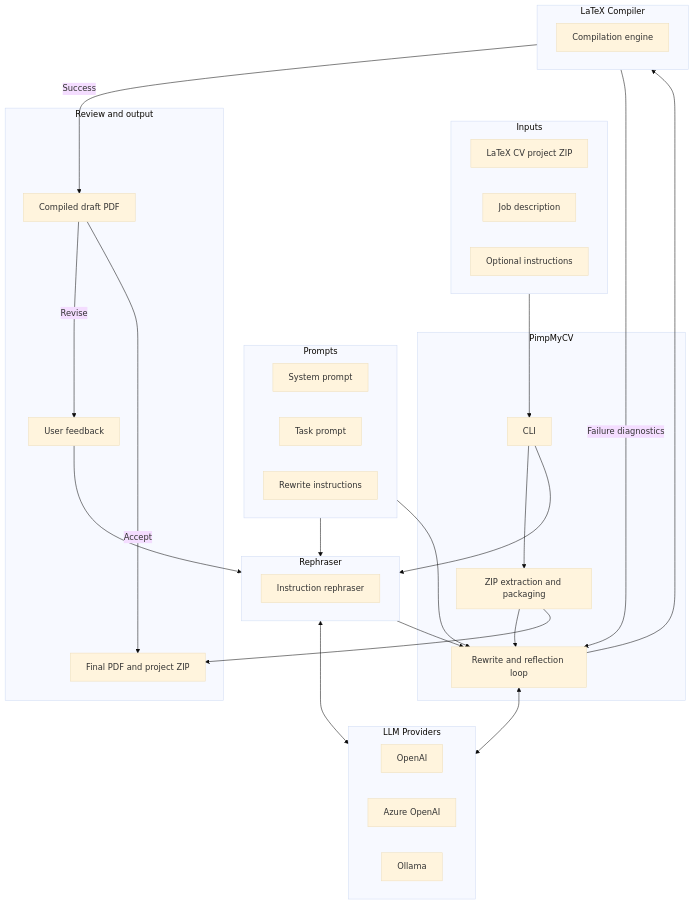
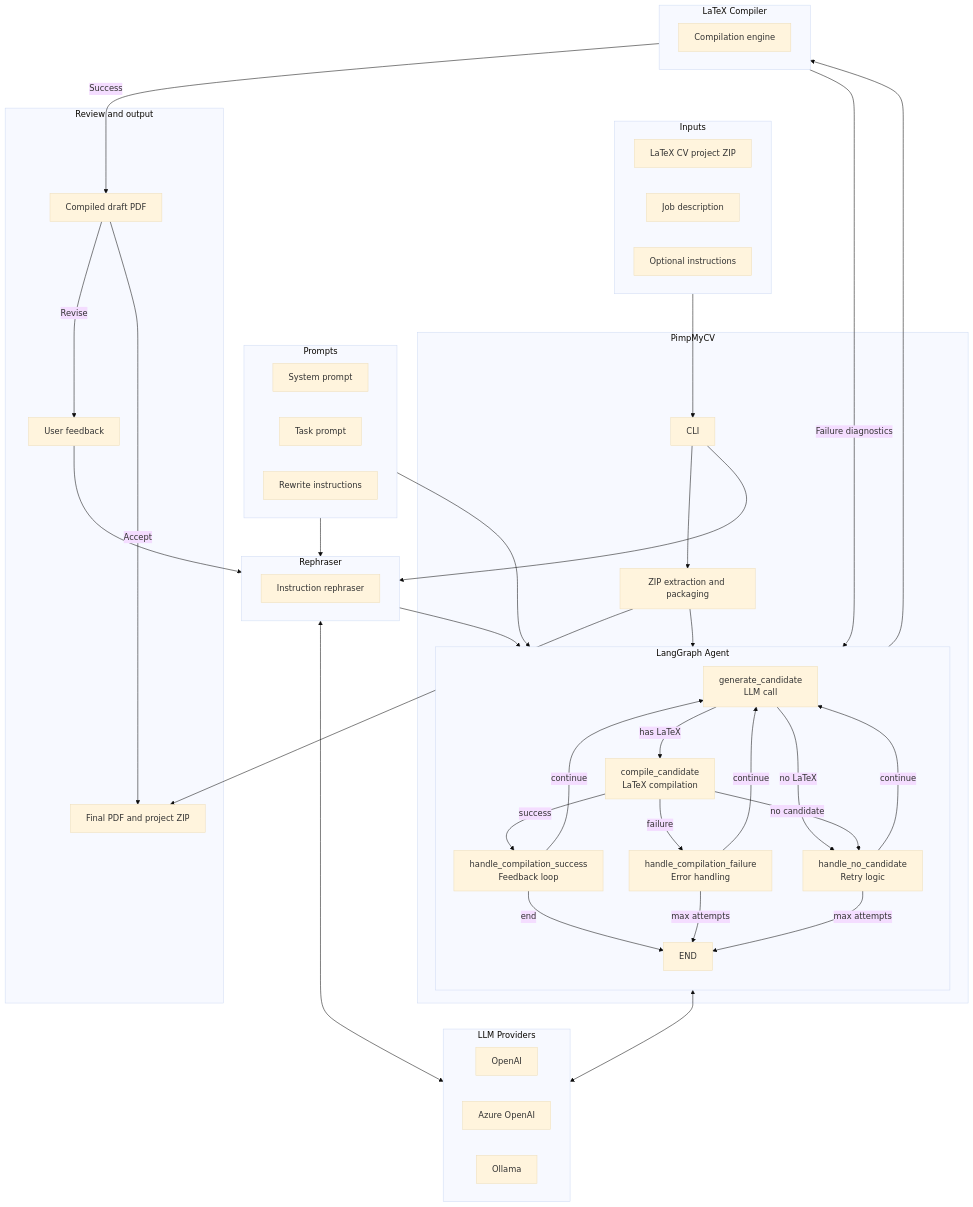
The diagram in README.md (iosifidisvasileios/PimpMyCV), drawn with Mermaid (base theme) before and after one commit. The commit also changed other lines of this file and 2 other files, not shown here.

Commit message:
Refactor tailor_cv to use LangGraph for agentic workflow
- Replace monolithic while loop with LangGraph stateful graph
- Add 5 specialized nodes: generate_candidate, compile_candidate, handle_compilation_success, handle_compilation_failure, handle_no_candidate
- Implement conditional edges for dynamic routing based on compilation results
- Centralize state management in AgentState TypedDict
- Add langgraph dependency to pyproject.toml
- Update README architecture diagram to reflect LangGraph implementation
- Maintain backward compatibility with existing API

````diff
--- a/README.md
+++ b/README.md
@@ -138,56 +140,76 @@
 ```mermaid
 graph TB
     subgraph Inputs["Inputs"]
         CV["LaTeX CV project ZIP"]
         Job["Job description"]
         Instructions["Optional instructions"]
     end
 
     subgraph PimpMyCV["PimpMyCV"]
         CLI["CLI"]
         Archive["ZIP extraction and packaging"]
-        Agent["Rewrite and reflection loop"]
+        
+        subgraph LangGraphAgent["LangGraph Agent"]
+            direction TB
+            GC["generate_candidate<br/>LLM call"]
+            CC["compile_candidate<br/>LaTeX compilation"]
+            HS["handle_compilation_success<br/>Feedback loop"]
+            HF["handle_compilation_failure<br/>Error handling"]
+            HNC["handle_no_candidate<br/>Retry logic"]
+            
+            GC -->|has LaTeX| CC
+            GC -->|no LaTeX| HNC
+            CC -->|success| HS
+            CC -->|failure| HF
+            CC -->|no candidate| HNC
+            HS -->|continue| GC
+            HF -->|continue| GC
+            HNC -->|continue| GC
+            HS -->|end| END
+            HF -->|max attempts| END
+            HNC -->|max attempts| END
+        end
     end
 
     subgraph Prompts["Prompts"]
         P1["System prompt"]
         P2["Task prompt"]
         P3["Rewrite instructions"]
     end
 
     subgraph Rephraser["Rephraser"]
         R1["Instruction rephraser"]
     end
 
     subgraph Compiler["LaTeX Compiler"]
         C1["Compilation engine"]
     end
 
     subgraph Providers["LLM Providers"]
         OpenAI["OpenAI"]
         Azure["Azure OpenAI"]
         Ollama["Ollama"]
     end
 
     subgraph Review_and_Output["Review and output"]
         Draft["Compiled draft PDF"]
         Feedback["User feedback"]
         Final["Final PDF and project ZIP"]
     end
 
     Inputs --> CLI
     CLI --> Rephraser
-    Rephraser --> Agent
+    Rephraser --> LangGraphAgent
     CLI --> Archive
-    Archive --> Agent
-    Prompts --> Agent
+    Archive --> LangGraphAgent
+    Prompts --> LangGraphAgent
     Prompts --> Rephraser
-    Agent <--> Providers
+    LangGraphAgent <--> Providers
     Rephraser <--> Providers
-    Agent --> Compiler
+    LangGraphAgent --> Compiler
     Compiler -->|Success| Draft
-    Compiler -->|Failure diagnostics| Agent
+    Compiler -->|Failure diagnostics| LangGraphAgent
     Draft -->|Revise| Feedback --> Rephraser
     Draft -->|Accept| Final
     Archive --> Final
 ```
````
